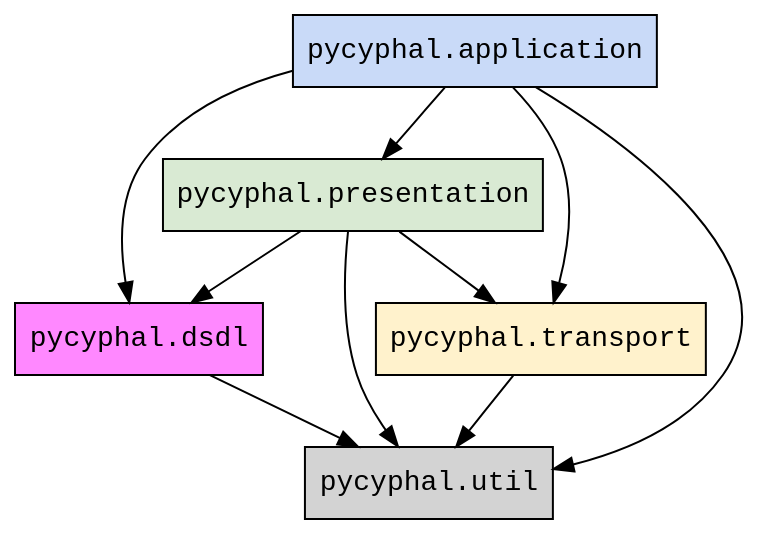
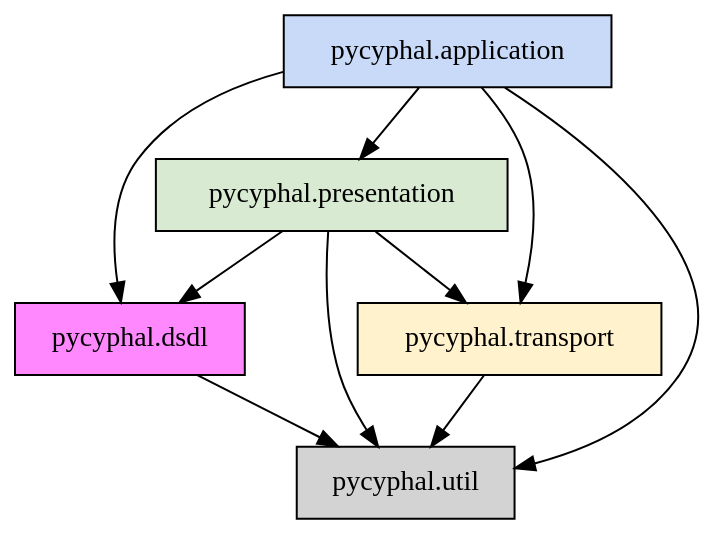
The diagram in docs/pages/architecture.rst (OpenCyphal/pycyphal), drawn with Graphviz before and after one commit. The commit also changed 5 other files, not shown here.

First line of the commit message:
Build Graphviz 13.x from source (#365)

```diff
--- a/docs/pages/architecture.rst
+++ b/docs/pages/architecture.rst
@@ -52,18 +52,18 @@
 .. graphviz::
     :caption: Submodule interdependency
 
     digraph submodule_interdependency {
         graph   [bgcolor=transparent];
-        node    [shape=box, style=filled, fontname="monospace"];
+        node    [shape=box, style=filled];
 
         dsdl            [fillcolor="#FF88FF", label="pycyphal.dsdl"];
         transport       [fillcolor="#FFF2CC", label="pycyphal.transport"];
         presentation    [fillcolor="#D9EAD3", label="pycyphal.presentation"];
         application     [fillcolor="#C9DAF8", label="pycyphal.application"];
         util            [fillcolor="#D3D3D3", label="pycyphal.util"];
 
         dsdl            -> util;
         transport       -> util;
         presentation    -> {dsdl transport util};
         application     -> {dsdl transport presentation util};
     }
```
